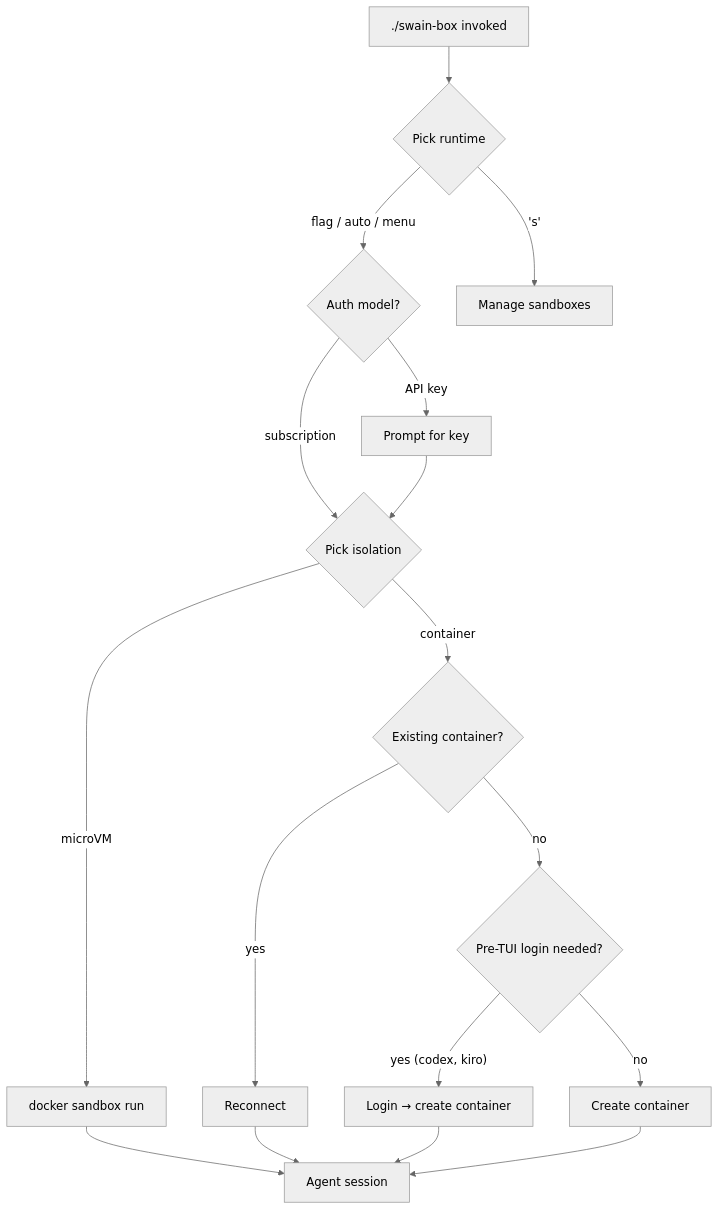
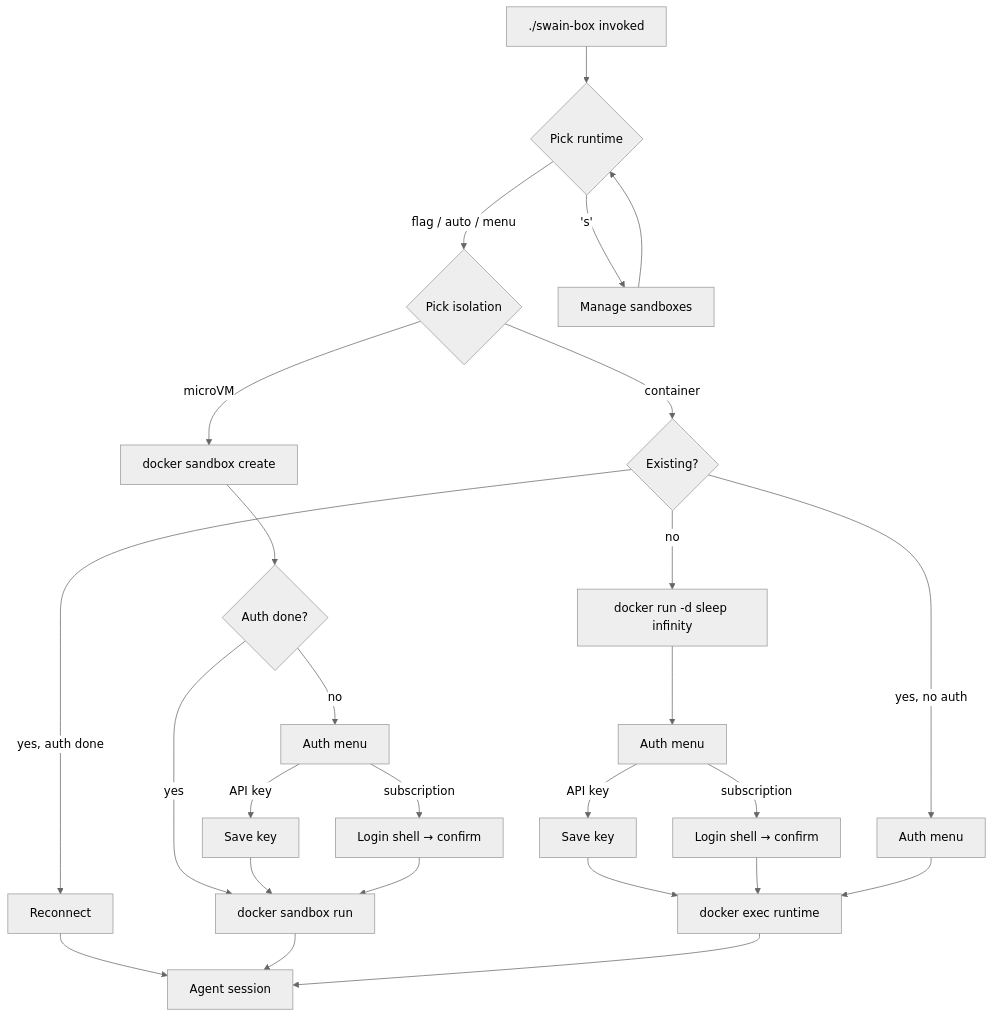
One commit to cristoslc/swain changed the diagram in docs/design/Active/(DESIGN-005)-swain-box-Launcher-UX/(DESIGN-005)-swain-box-Launcher-UX.md. Above: the diagram before and after it, drawn with Mermaid (neutral theme). The commit also changed 1 other file, not shown here.

Commit message:
docs(DESIGN-005): fix flowchart to match implementation flow
Reorder: runtime → isolation → create → auth → launch.
Remove stale needs_login branch. Add auth marker check paths
for both microVM and container reconnect.

````diff
--- a/docs/design/Active/(DESIGN-005)-swain-box-Launcher-UX/(DESIGN-005)-swain-box-Launcher-UX.md
+++ b/docs/design/Active/(DESIGN-005)-swain-box-Launcher-UX/(DESIGN-005)-swain-box-Launcher-UX.md
@@ -27,18 +27,31 @@
 ```mermaid
 flowchart TD
     invoke["./swain-box invoked"] --> pick_runtime{"Pick runtime"}
-    pick_runtime -->|"flag / auto / menu"| pick_auth{"Auth model?"}
+    pick_runtime -->|"flag / auto / menu"| pick_isolation{"Pick isolation"}
     pick_runtime -->|"'s'"| sandbox_mgmt["Manage sandboxes"]
-    pick_auth -->|"subscription"| pick_isolation{"Pick isolation"}
-    pick_auth -->|"API key"| prompt_key["Prompt for key"] --> pick_isolation
-    pick_isolation -->|"microVM"| start_microvm["docker sandbox run"]
-    pick_isolation -->|"container"| check_existing{"Existing container?"}
-    check_existing -->|"yes"| reconnect["Reconnect"]
-    check_existing -->|"no"| needs_login{"Pre-TUI login needed?"}
-    needs_login -->|"yes (codex, kiro)"| auth_then_create["Login → create container"]
-    needs_login -->|"no"| create["Create container"]
-    start_microvm --> session["Agent session"]
-    reconnect --> session
-    auth_then_create --> session
-    create --> session
+    sandbox_mgmt --> pick_runtime
+
+    pick_isolation -->|"microVM"| create_sandbox["docker sandbox create"]
+    pick_isolation -->|"container"| check_existing{"Existing?"}
+
+    check_existing -->|"no"| create_container["docker run -d sleep infinity"]
+    check_existing -->|"yes, auth done"| reconnect["Reconnect"]
+    check_existing -->|"yes, no auth"| auth_existing["Auth menu"]
+
+    create_sandbox --> auth_check_microvm{"Auth done?"}
+    auth_check_microvm -->|"no"| auth_microvm["Auth menu"]
+    auth_check_microvm -->|"yes"| launch_microvm["docker sandbox run"]
+    auth_microvm -->|"subscription"| login_shell_microvm["Login shell → confirm"]
+    auth_microvm -->|"API key"| save_key_microvm["Save key"] --> launch_microvm
+    login_shell_microvm --> launch_microvm
+
+    create_container --> auth_container["Auth menu"]
+    auth_container -->|"subscription"| login_shell_container["Login shell → confirm"]
+    auth_container -->|"API key"| save_key_container["Save key"] --> launch_container["docker exec runtime"]
+    login_shell_container --> launch_container
+    auth_existing --> launch_container
+
+    reconnect --> session["Agent session"]
+    launch_microvm --> session
+    launch_container --> session
 ```
````
